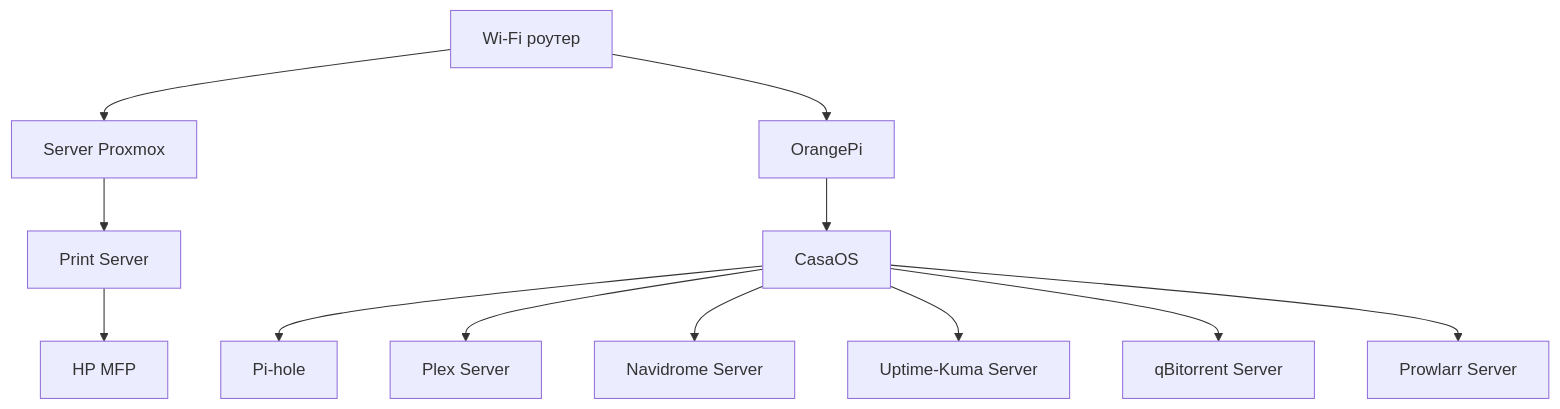
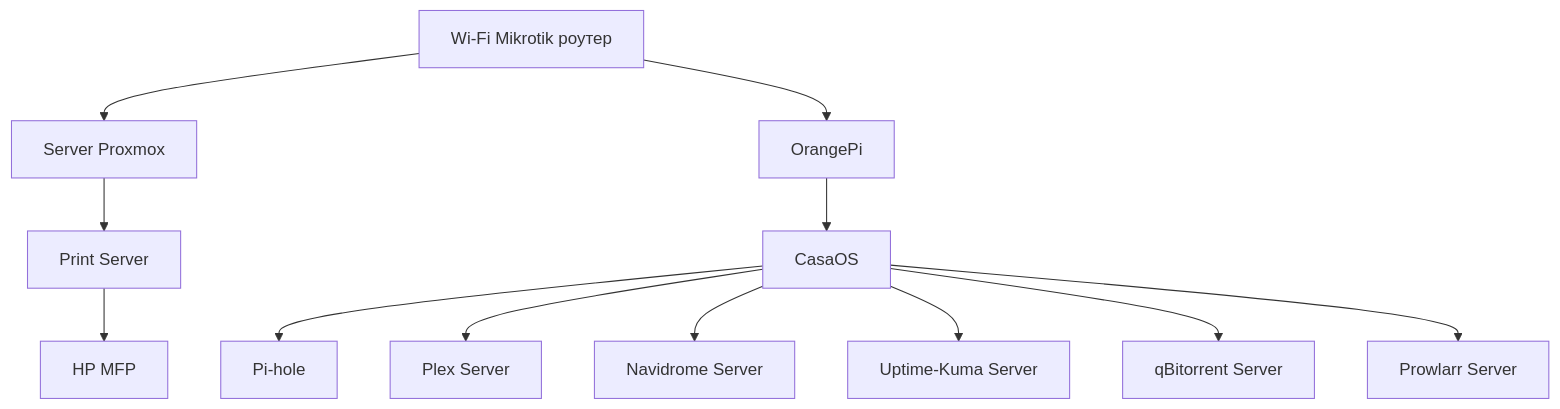
The second of 2 diagrams in home-lab/homelab-arch.md (oleksdovz/oleks-dov.work), drawn with Mermaid before and after one commit. The commit also changed other lines of this file, not shown here.

````diff
--- a/home-lab/homelab-arch.md
+++ b/home-lab/homelab-arch.md
@@ -1,14 +14,14 @@
 ```mermaid
 graph TD
-A[Wi-Fi роутер] --> B[Server Proxmox]
-A[Wi-Fi роутер] --> C[OrangePi]
+A[Wi-Fi Mikrotik роутер] --> B[Server Proxmox]
+A[Wi-Fi Mikrotik роутер] --> C[OrangePi]
 B --> B1[Print Server]
 C --> C1[CasaOS]
 B1 --> B2[HP MFP]
 C1 --> C2[Pi-hole]
 C1 --> C3[Plex Server]
 C1 --> C4[Navidrome Server]
 C1 --> C5[Uptime-Kuma Server]
 C1 --> C6[qBitorrent Server]
 C1 --> C7[Prowlarr Server]
 ```
````
